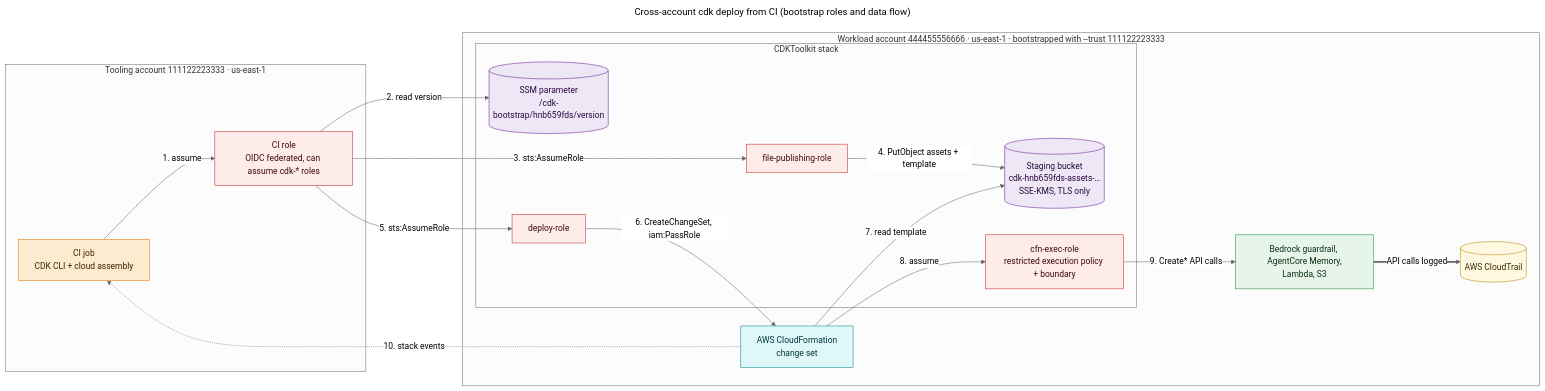
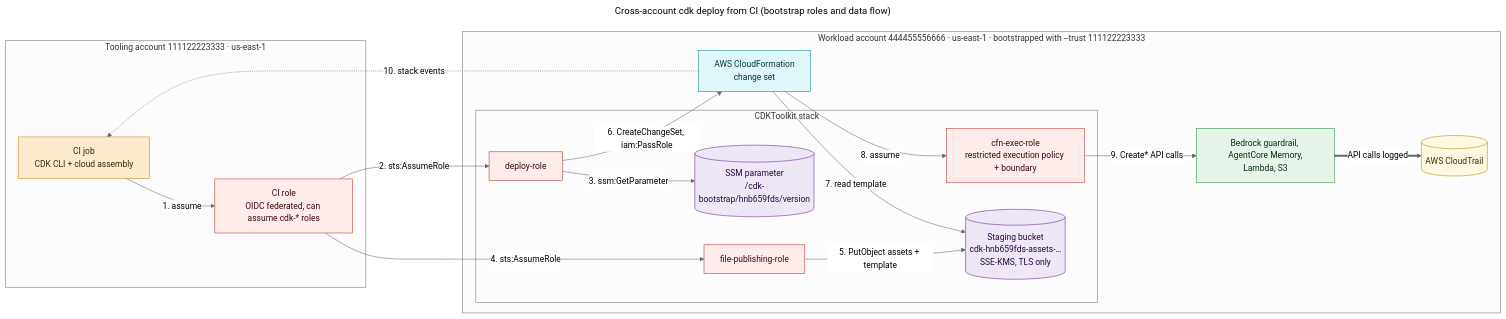
One commit to sunilgogineni/terraform-aws-lambda-function changed the diagram in aws-bedrock-architecture-academy/04-infrastructure-as-code/aws-cdk/06-bootstrap-and-deployment.md. Above: the diagram before and after it, drawn with Mermaid (neutral theme). The commit also changed other lines of this file and 21 other files, not shown here.

First line of the commit message:
Add guardrails chapters and diagram set 18

````diff
--- a/aws-bedrock-architecture-academy/04-infrastructure-as-code/aws-cdk/06-bootstrap-and-deployment.md
+++ b/aws-bedrock-architecture-academy/04-infrastructure-as-code/aws-cdk/06-bootstrap-and-deployment.md
@@ -109,40 +109,40 @@
 ```mermaid
 ---
 title: Cross-account cdk deploy from CI (bootstrap roles and data flow)
 ---
 flowchart LR
     subgraph tooling["Tooling account 111122223333 · us-east-1"]
         ci["CI job<br/>CDK CLI + cloud assembly"]:::compute
         ciRole["CI role<br/>OIDC federated, can assume cdk-* roles"]:::security
     end
     subgraph target["Workload account 444455556666 · us-east-1 · bootstrapped with --trust 111122223333"]
         subgraph toolkit["CDKToolkit stack"]
             ssm[("SSM parameter<br/>/cdk-bootstrap/hnb659fds/version")]:::data
             filePub["file-publishing-role"]:::security
             deployRole["deploy-role"]:::security
             execRole["cfn-exec-role<br/>restricted execution policy + boundary"]:::security
             bucket[("Staging bucket<br/>cdk-hnb659fds-assets-…<br/>SSE-KMS, TLS only")]:::data
         end
         cfn["AWS CloudFormation<br/>change set"]:::edge
         workload["Bedrock guardrail, AgentCore Memory,<br/>Lambda, S3"]:::ai
         trail[("AWS CloudTrail")]:::obs
     end
     ci -- "1. assume" --> ciRole
-    ciRole -- "2. read version" --> ssm
-    ciRole -- "3. sts:AssumeRole" --> filePub
-    filePub -- "4. PutObject assets + template" --> bucket
-    ciRole -- "5. sts:AssumeRole" --> deployRole
+    ciRole -- "2. sts:AssumeRole" --> deployRole
+    deployRole -- "3. ssm:GetParameter" --> ssm
+    ciRole -- "4. sts:AssumeRole" --> filePub
+    filePub -- "5. PutObject assets + template" --> bucket
     deployRole -- "6. CreateChangeSet, iam:PassRole" --> cfn
     cfn -- "7. read template" --> bucket
     cfn -- "8. assume" --> execRole
     execRole -- "9. Create* API calls" --> workload
     cfn -. "10. stack events" .-> ci
     workload == "API calls logged" ==> trail
 
     classDef compute  fill:#FDEBD0,stroke:#D97706,color:#3B2300
     classDef edge     fill:#E0F7FA,stroke:#00838F,color:#00363A
     classDef ai       fill:#E6F4EA,stroke:#1E8E3E,color:#0B2E13
     classDef data     fill:#EDE7F6,stroke:#6A1B9A,color:#2A0A3D
     classDef security fill:#FDECEA,stroke:#C62828,color:#3D0A0A
     classDef obs      fill:#FFF8E1,stroke:#B28704,color:#3D2E00
 ```
````
